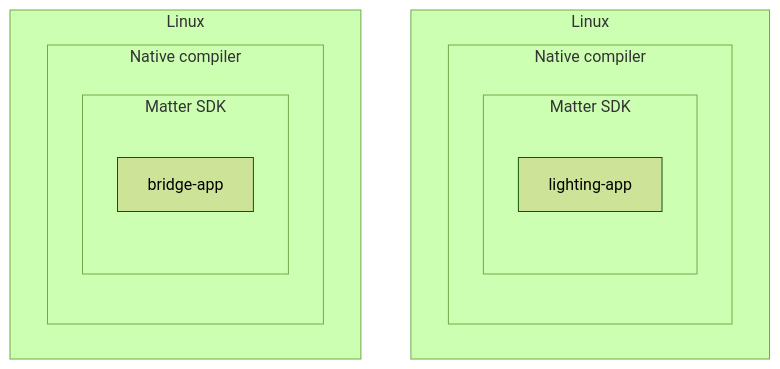
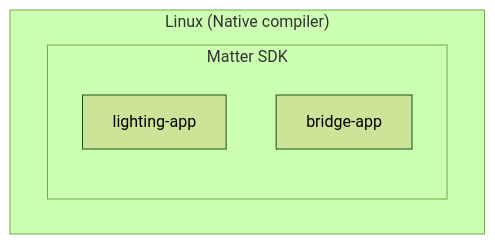
The fifth of 14 diagrams in helper_Matter.md (lankahsu520/HelperX), drawn with Mermaid (forest theme) before and after one commit. The commit also changed other lines of this file and 8 other files, not shown here.

````diff
--- a/helper_Matter.md
+++ b/helper_Matter.md
@@ -569,17 +510,10 @@
 ```mermaid
 flowchart TD
-	subgraph Linux-a[Linux]
-		subgraph Native-a[Native compiler]
-			subgraph Matter-a[Matter SDK]
-				lighting-app[lighting-app]
-			end
+	subgraph Linux["Linux (Native compiler)"]
+		subgraph Matter-a[Matter SDK]
+			lighting-app[lighting-app]
+			bridge-app[bridge-app]
 		end
 	end
-	subgraph Linux-b[Linux]
-		subgraph Native-b[Native compiler]
-			subgraph Matter-b[Matter SDK]
-				bridge-app
-			end
-		end
-	end
+
 ```
````
